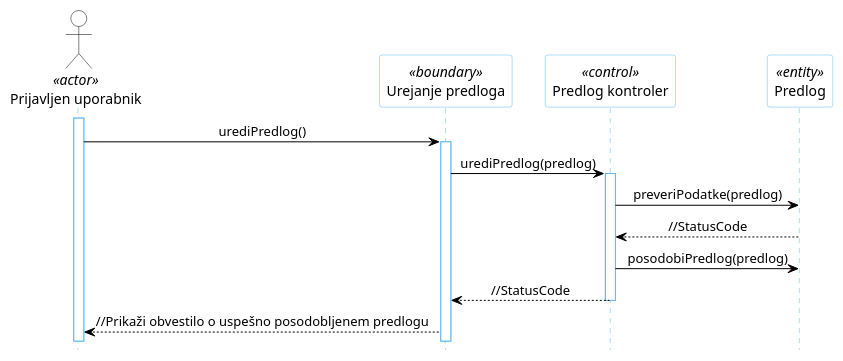
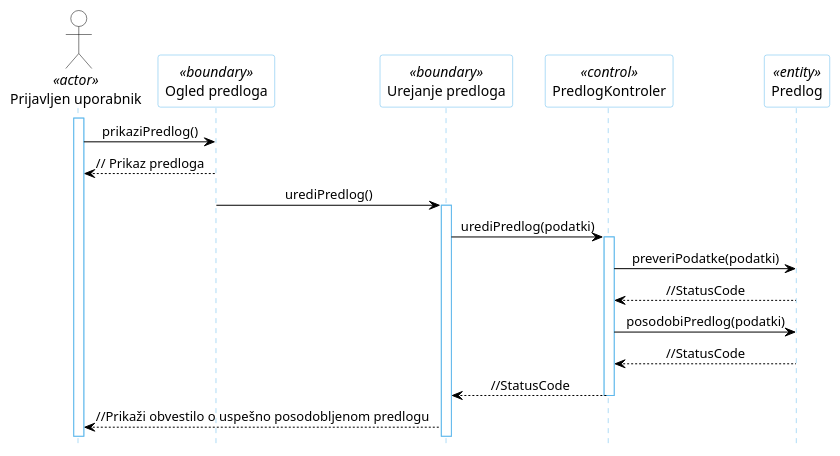
One commit to kupinah/test-tpo changed the diagram in docs/gradivo/plantuml/DZ/13a.puml. Above: the diagram before and after it, drawn with PlantUML. The commit also changed 36 other files, not shown here.

```diff
--- a/docs/gradivo/plantuml/DZ/13a.puml
+++ b/docs/gradivo/plantuml/DZ/13a.puml
@@ -1,30 +1,34 @@
 @startuml
 hide footbox
 
 skinparam backgroundcolor transparent
 skinparam defaultTextAlignment center
 skinparam actorBorderColor black
 skinparam actorBackgroundColor white
 skinparam arrowColor black  
 skinparam sequenceLifeLineBorderColor #5FB8EC
 skinparam sequenceParticipantBorderColor #5FB8EC
 skinparam sequenceParticipantBackgroundColor white
 
 actor "Prijavljen uporabnik" as U1 <<actor>>
 
+participant "Ogled predloga" as R6 <<boundary>>
 participant "Urejanje predloga" as R5 <<boundary>>
-participant "Predlog kontroler" as R2 <<control>>
+participant "PredlogKontroler" as R2 <<control>>
 participant "Predlog" as R4 <<entity>>
 
 activate U1
-U1 -> R5: urediPredlog()
+U1 -> R6: prikaziPredlog()
+R6 --> U1: // Prikaz predloga
+R6 -> R5: urediPredlog()
 activate R5
-R5 -> R2: urediPredlog(predlog)
+R5 -> R2: urediPredlog(podatki)
 activate R2
-R2 -> R4: preveriPodatke(predlog)
+R2 -> R4: preveriPodatke(podatki)
 R4 --> R2: //StatusCode
-R2 -> R4: posodobiPredlog(predlog)
+R2 -> R4: posodobiPredlog(podatki)
+R4 --> R2: //StatusCode
 R2 --> R5: //StatusCode
 deactivate R2
-R5 --> U1: //Prikaži obvestilo o uspešno posodobljenem predlogu
+R5 --> U1: //Prikaži obvestilo o uspešno posodobljenom predlogu
 @enduml
```
